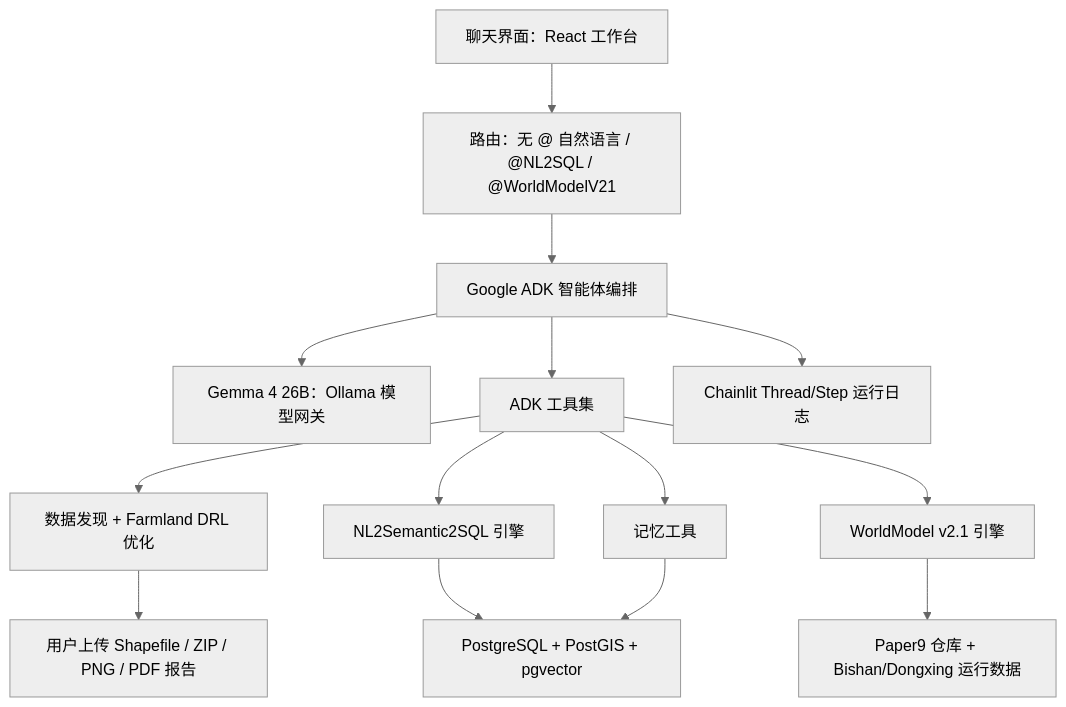
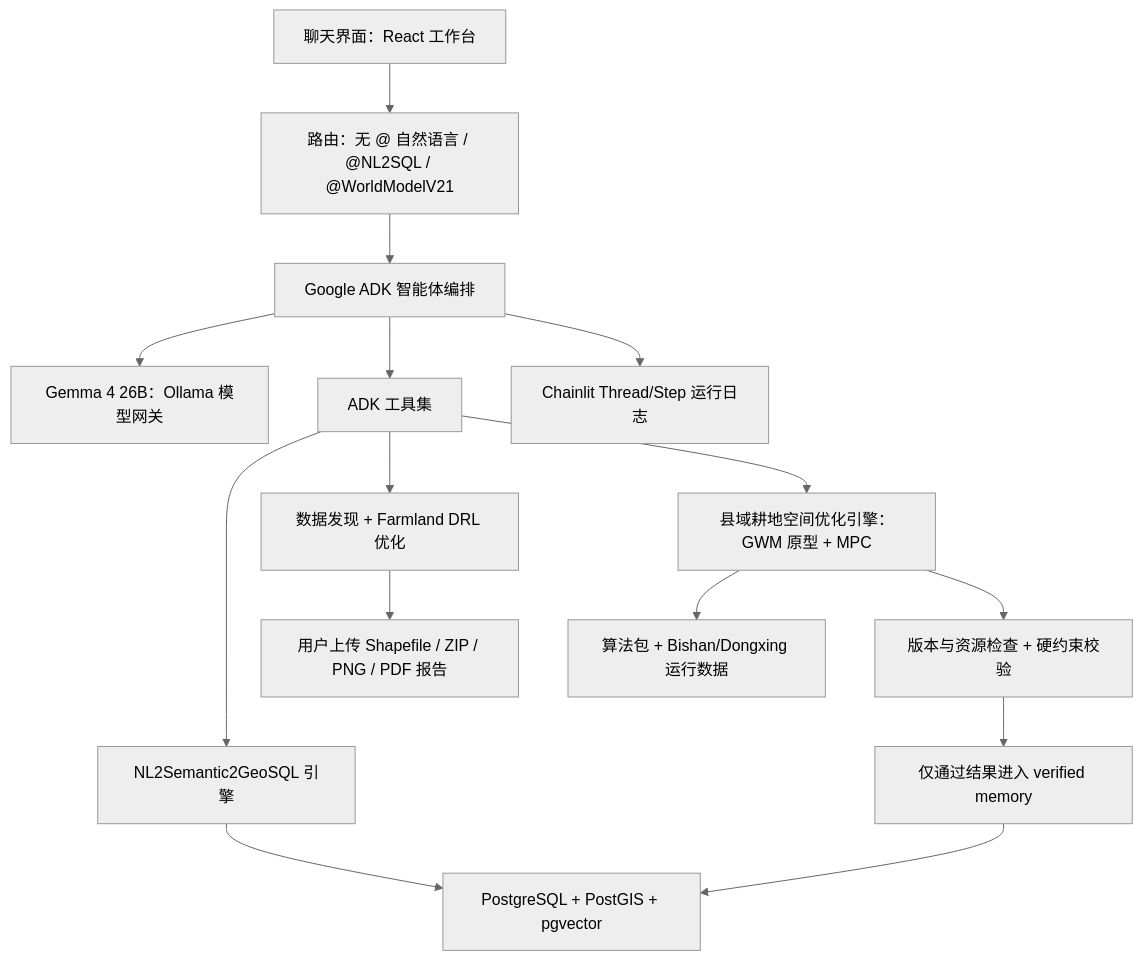
One commit to zhouning/gisdataagent changed the diagram in README.md. Above: the diagram before and after it, drawn with Mermaid (neutral theme). The commit also changed other lines of this file and 89 other files, not shown here.

````diff
--- a/README.md
+++ b/README.md
@@ -200,16 +246,17 @@
 ```mermaid
 flowchart TB
   U["聊天界面：React 工作台"] --> R["路由：无 @ 自然语言 / @NL2SQL / @WorldModelV21"]
   R --> A["Google ADK 智能体编排"]
   A --> M["Gemma 4 26B：Ollama 模型网关"]
   A --> T["ADK 工具集"]
   T --> F["数据发现 + Farmland DRL 优化"]
-  T --> N["NL2Semantic2SQL 引擎"]
-  T --> W["WorldModel v2.1 引擎"]
-  T --> MEM["记忆工具"]
+  T --> N["NL2Semantic2GeoSQL 引擎"]
+  T --> W["县域耕地空间优化引擎：GWM 原型 + MPC"]
+  W --> G["版本与资源检查 + 硬约束校验"]
+  G --> MEM["仅通过结果进入 verified memory"]
   F --> FS1["用户上传 Shapefile / ZIP / PNG / PDF 报告"]
   N --> PG["PostgreSQL + PostGIS + pgvector"]
   MEM --> PG
-  W --> FS["Paper9 仓库 + Bishan/Dongxing 运行数据"]
+  W --> FS["算法包 + Bishan/Dongxing 运行数据"]
   A --> LOG["Chainlit Thread/Step 运行日志"]
 ```
````
